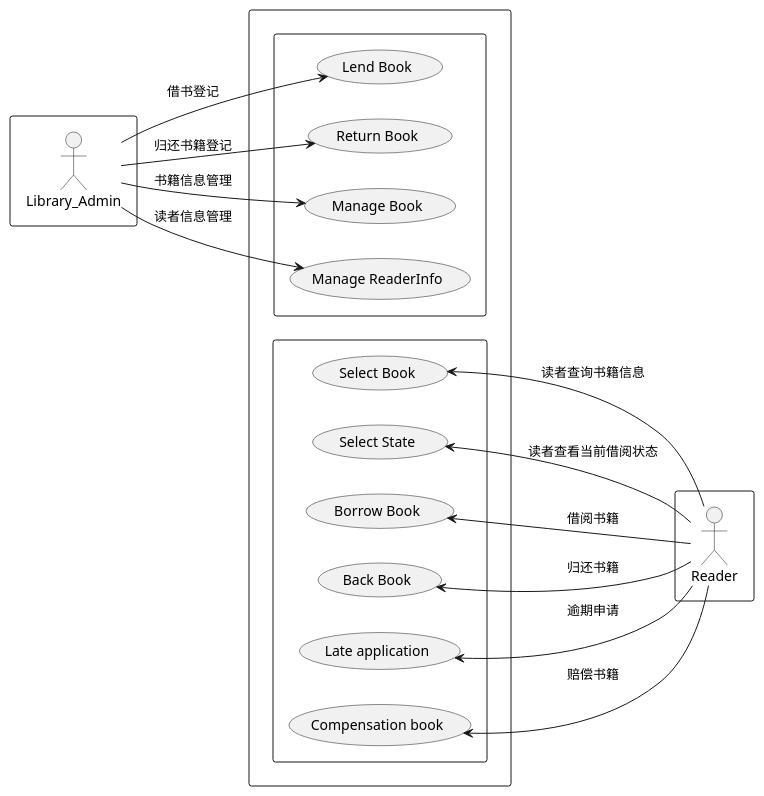
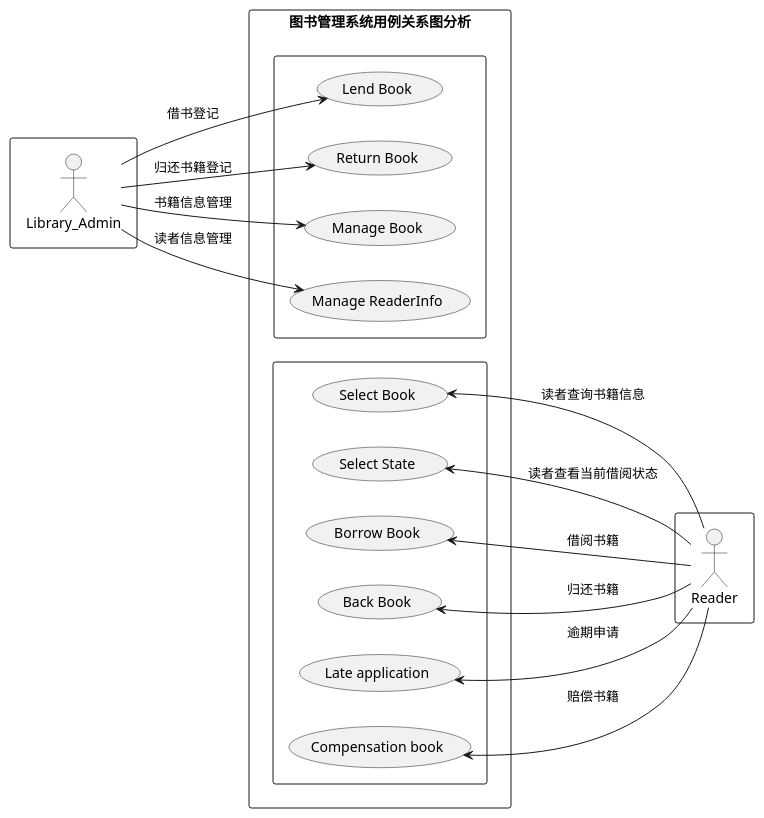
Before and after one commit to z915287285/is_analysis: the diagram in test2/usercase.puml, drawn with PlantUML. The commit also changed 1 other file, not shown here.

```diff
--- a/test2/usercase.puml
+++ b/test2/usercase.puml
@@ -1,27 +1,27 @@
 @startuml
 left to right direction
 skinparam packageStyle rectangle
 rectangle {
 actor Library_Admin
 }
 rectangle {
 actor Reader
 }
-rectangle {
+rectangle 图书管理系统用例关系图分析{
 rectangle {
 Library_Admin ->(Lend Book):借书登记
 Library_Admin -->(Return Book):归还书籍登记
 Library_Admin -->(Manage Book):书籍信息管理
 Library_Admin -->(Manage ReaderInfo):读者信息管理
 }
 rectangle {
 (Select Book)<-- Reader:读者查询书籍信息
 (Select State)<-- Reader:读者查看当前借阅状态
 (Borrow Book)<-- Reader:借阅书籍
 (Back Book)<-- Reader:归还书籍
 (Late application)<-- Reader:逾期申请
 (Compensation book)<--Reader:赔偿书籍
 }
 }
 
 @enduml
```
